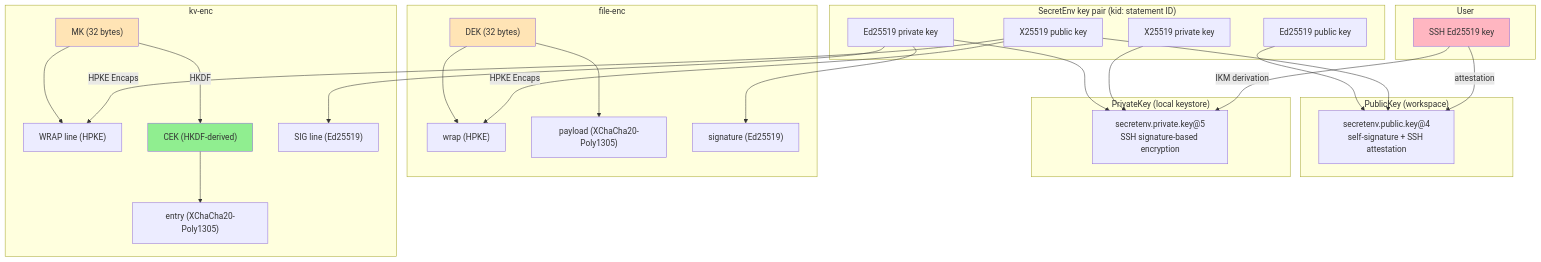
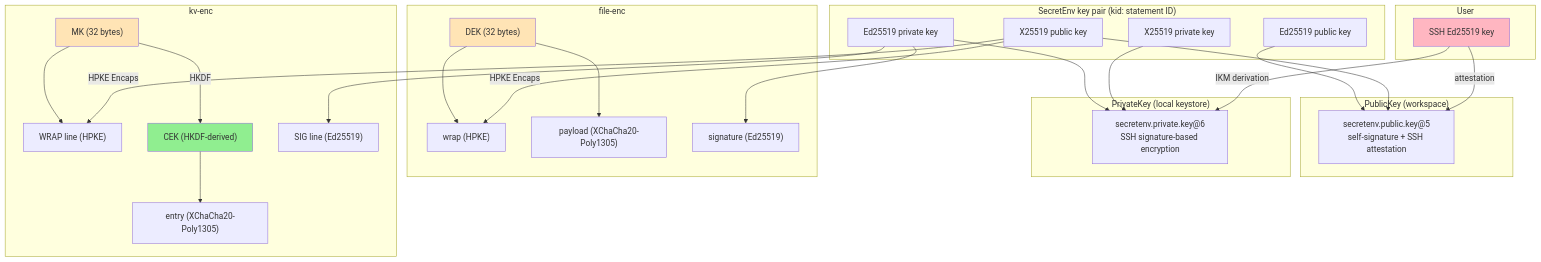
The sixth of 6 diagrams in guides/security_design_en.md (ebisawa/kapsaro), drawn with Mermaid before and after one commit. The commit also changed other lines of this file and 342 other files, not shown here.

First line of the commit message:
refactor: rename member identifiers to handles and bump schema to v4

````diff
--- a/guides/security_design_en.md
+++ b/guides/security_design_en.md
@@ -1522,59 +1522,59 @@
 ```mermaid
 graph TB
     subgraph user["User"]
         SSH["SSH Ed25519 key"]
     end
 
     subgraph secretenv_keys["SecretEnv key pair (kid: statement ID)"]
         KEM_PK["X25519 public key"]
         KEM_SK["X25519 private key"]
         SIG_PK["Ed25519 public key"]
         SIG_SK["Ed25519 private key"]
     end
 
     subgraph public_key["PublicKey (workspace)"]
-        PK_DOC["secretenv.public.key@4<br/>self-signature + SSH attestation"]
+        PK_DOC["secretenv.public.key@5<br/>self-signature + SSH attestation"]
     end
 
     subgraph private_key["PrivateKey (local keystore)"]
-        PK_ENC["secretenv.private.key@5<br/>SSH signature-based encryption"]
+        PK_ENC["secretenv.private.key@6<br/>SSH signature-based encryption"]
     end
 
     subgraph file_enc["file-enc"]
         DEK["DEK (32 bytes)"]
         FILE_WRAP["wrap (HPKE)"]
         FILE_PAYLOAD["payload (XChaCha20-Poly1305)"]
         FILE_SIG["signature (Ed25519)"]
     end
 
     subgraph kv_enc["kv-enc"]
         MK["MK (32 bytes)"]
         KV_WRAP["WRAP line (HPKE)"]
         CEK["CEK (HKDF-derived)"]
         ENTRY["entry (XChaCha20-Poly1305)"]
         KV_SIG["SIG line (Ed25519)"]
     end
 
     SSH -->|attestation| PK_DOC
     SSH -->|IKM derivation| PK_ENC
     KEM_PK --> PK_DOC
     SIG_PK --> PK_DOC
     KEM_SK --> PK_ENC
     SIG_SK --> PK_ENC
 
     KEM_PK -->|HPKE Encaps| FILE_WRAP
     KEM_PK -->|HPKE Encaps| KV_WRAP
     DEK --> FILE_WRAP
     DEK --> FILE_PAYLOAD
     SIG_SK --> FILE_SIG
 
     MK --> KV_WRAP
     MK -->|HKDF| CEK
     CEK --> ENTRY
     SIG_SK --> KV_SIG
 
     style SSH fill:#FFB6C1
     style DEK fill:#FFE4B5
     style MK fill:#FFE4B5
     style CEK fill:#90EE90
 ```
````
